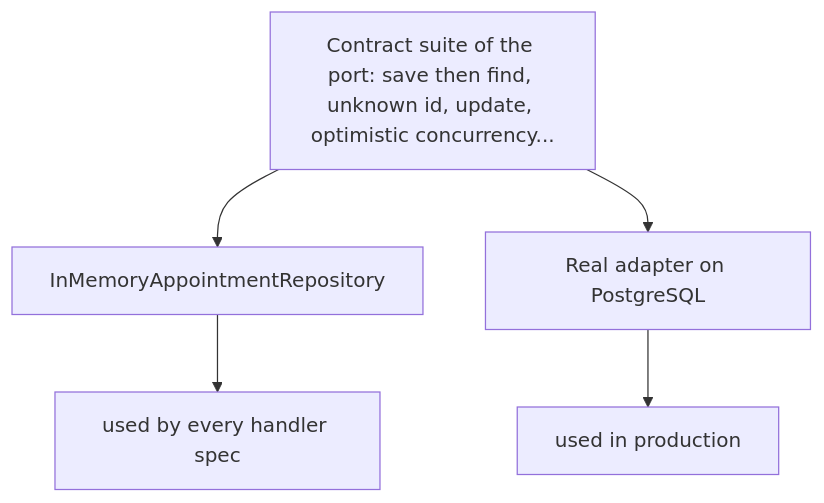
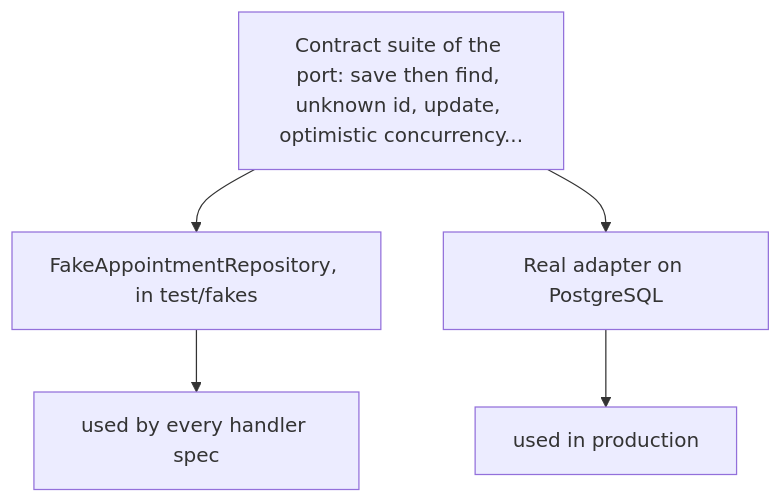
The diagram in docs/concepts/testing-strategy.md (gbourgeat/ddd-ts-kit), drawn with Mermaid before and after one commit. The commit also changed other lines of this file and 91 other files, not shown here.

````diff
--- a/docs/concepts/testing-strategy.md
+++ b/docs/concepts/testing-strategy.md
@@ -75,8 +79,8 @@
 ```mermaid
 flowchart TB
   C[Contract suite of the port: save then find, unknown id, update, optimistic concurrency...]
-  C --> F[InMemoryAppointmentRepository]
+  C --> F[FakeAppointmentRepository, in test/fakes]
   C --> R[Real adapter on PostgreSQL]
   F --> H[used by every handler spec]
   R --> P[used in production]
 ```
````
